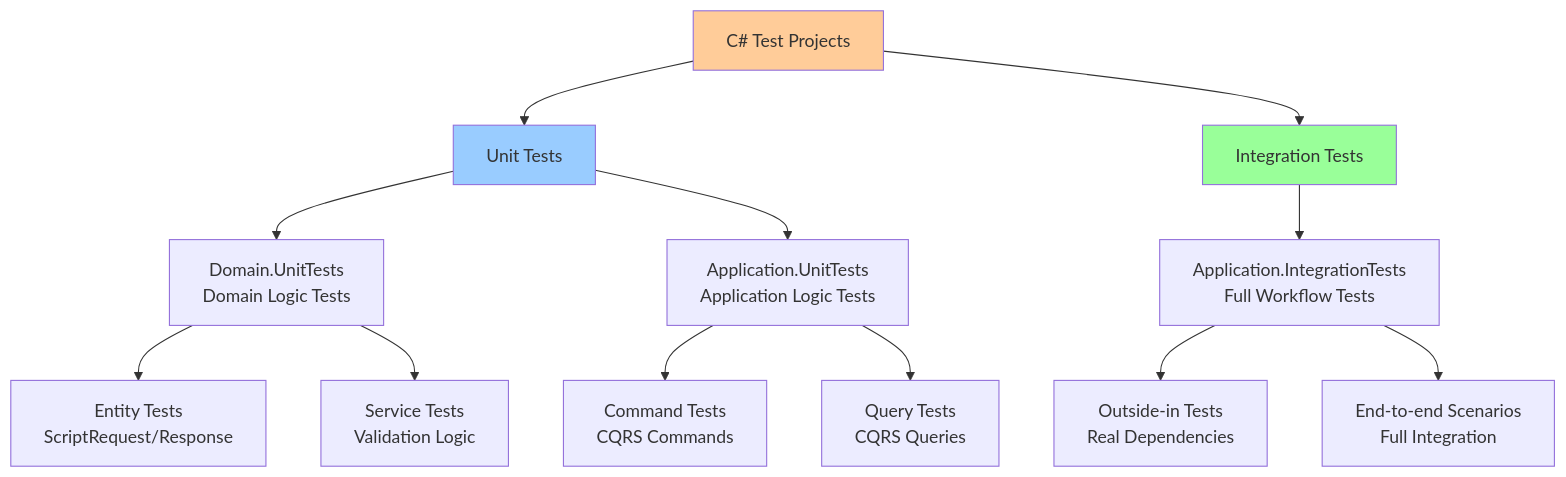
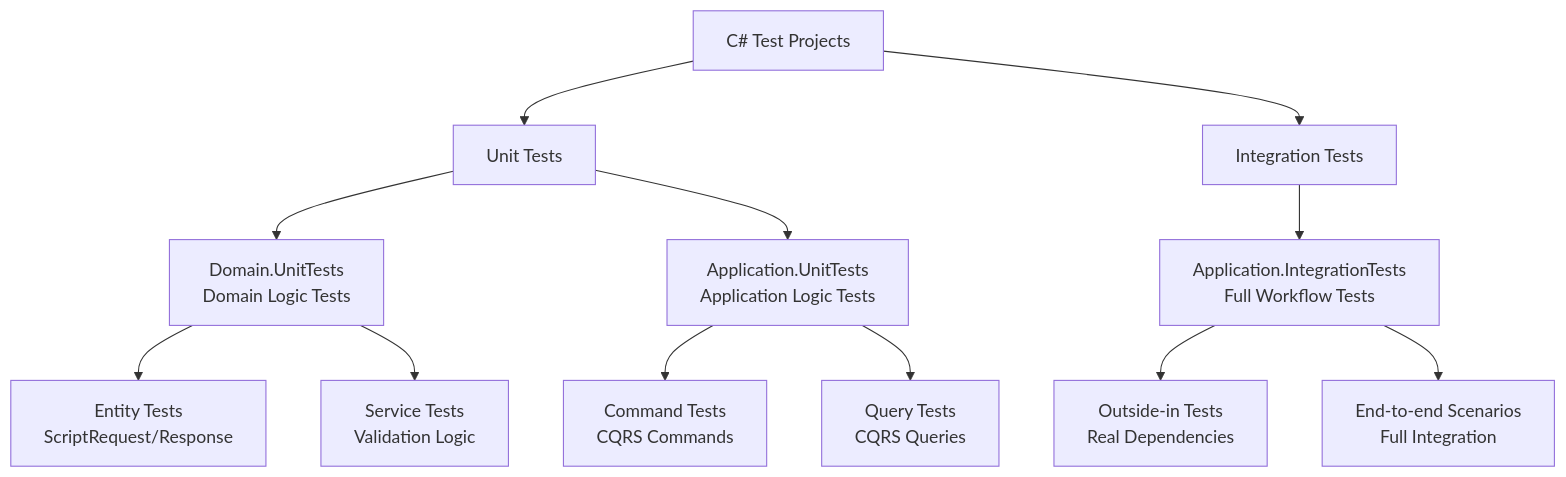
One commit to DanMarshall909/please changed the fourth of 5 diagrams in memory-bank/architecture-comparison-diagrams.md. Above: the diagram before and after it, drawn with Mermaid. The commit also changed other lines of this file and 121 other files, not shown here.

````diff
--- a/memory-bank/architecture-comparison-diagrams.md
+++ b/memory-bank/architecture-comparison-diagrams.md
@@ -136,23 +136,23 @@
 ```mermaid
 graph TD
     A[C# Test Projects] --> B[Unit Tests]
     A --> C[Integration Tests]
     
     B --> B1[Domain.UnitTests<br/>Domain Logic Tests]
     B --> B2[Application.UnitTests<br/>Application Logic Tests]
     
     C --> C1[Application.IntegrationTests<br/>Full Workflow Tests]
     
     B1 --> B1A[Entity Tests<br/>ScriptRequest/Response]
     B1 --> B1B[Service Tests<br/>Validation Logic]
     
     B2 --> B2A[Command Tests<br/>CQRS Commands]
     B2 --> B2B[Query Tests<br/>CQRS Queries]
     
     C1 --> C1A[Outside-in Tests<br/>Real Dependencies]
     C1 --> C1B[End-to-end Scenarios<br/>Full Integration]
     
-    style A fill:#ffcc99
-    style B fill:#99ccff
-    style C fill:#99ff99
+    style A fill:#ffcc99;color:black
+    style B fill:#99ccff;color:black
+    style C fill:#99ff99;color:black
 ```
````
